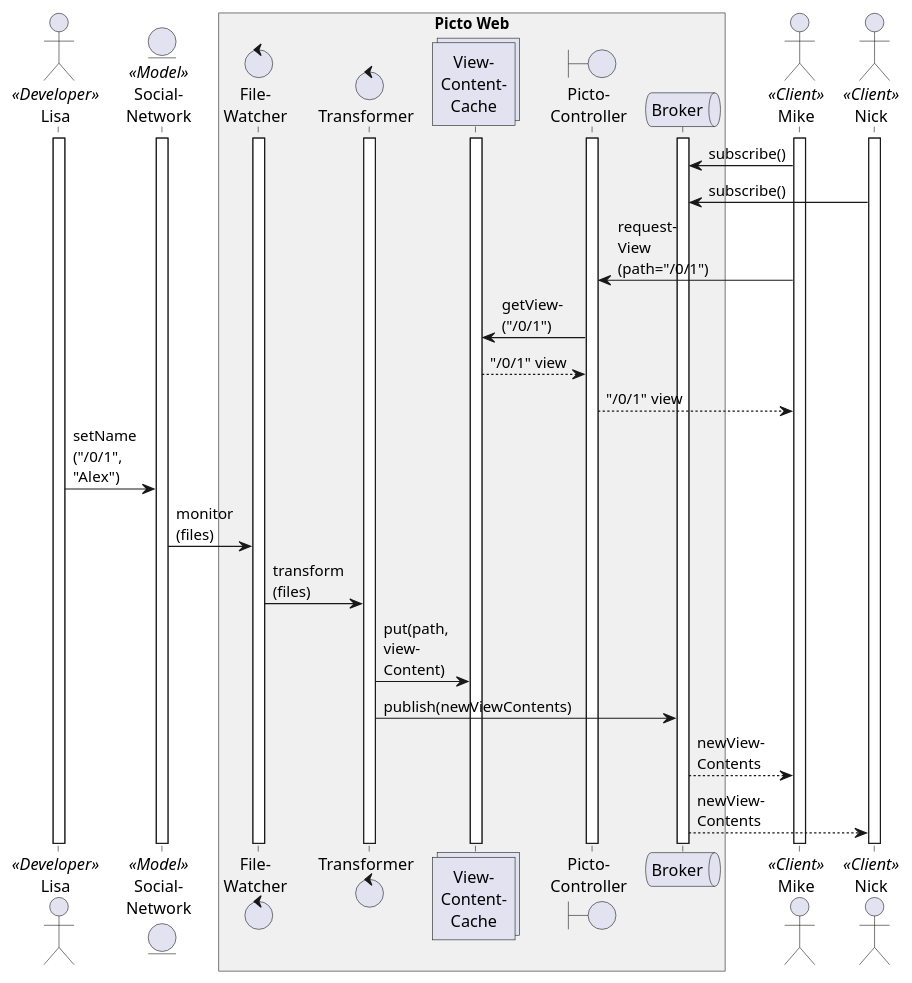
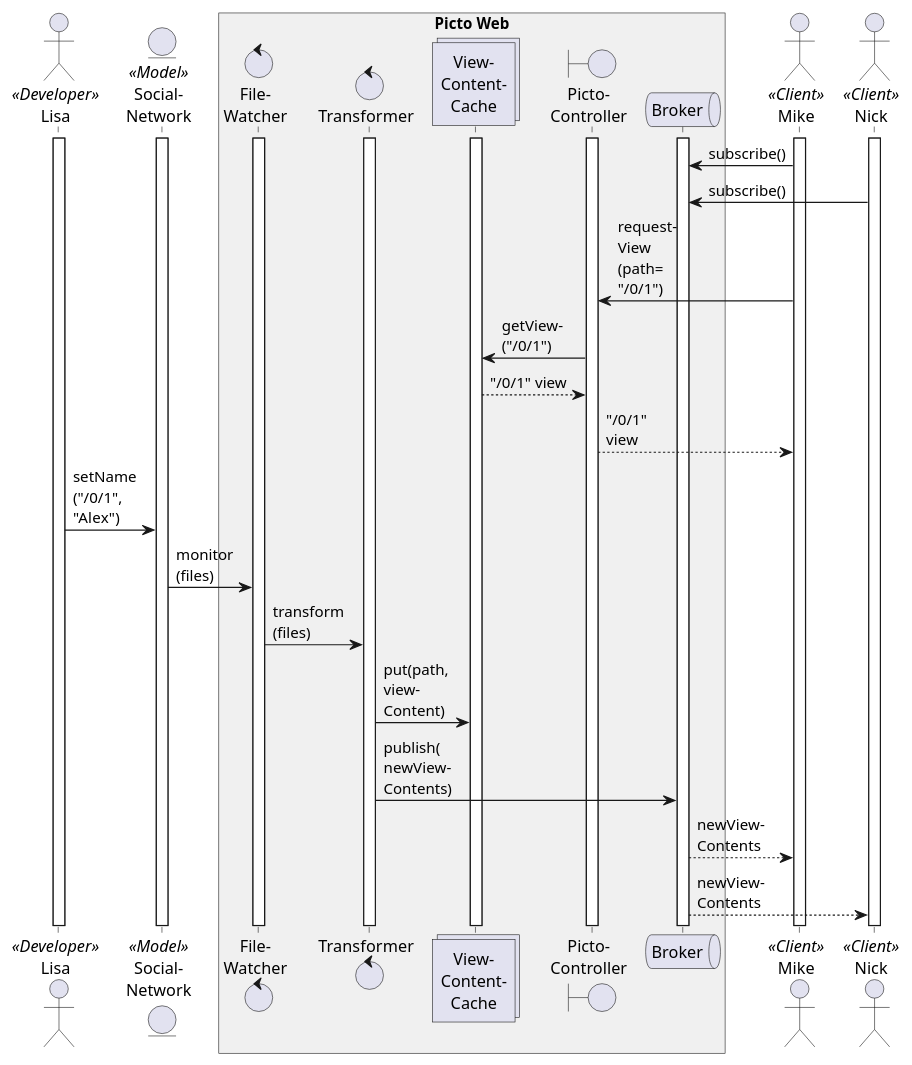
The diagram in images/sequence.wsd (alfa-ryano/picto-web-tooldemo), drawn with PlantUML before and after one commit. The commit also changed 5 other files, not shown here.

```diff
--- a/images/sequence.wsd
+++ b/images/sequence.wsd
@@ -1,43 +1,43 @@
 @startuml sequence
 
 actor Lisa as lisa <<Developer>>
 entity "Social-\nNetwork" as model <<Model>>
 box "Picto Web" #F0F0F0
   control "File-\nWatcher" as filewatcher 
   control Transformer as transformer 
   collections "View-\nContent-\nCache" as cache 
   boundary "Picto-\nController" as controller 
   queue Broker as broker
 end box
 actor Mike as mike <<Client>> 
 actor Nick as nick <<Client>> 
 
 activate model
 activate lisa
 activate transformer
 activate filewatcher
 activate cache
 activate controller
 activate broker
 activate mike
 activate nick
 
 mike -> broker: subscribe()
 nick -> broker: subscribe()
-mike -> controller: request-\nView\n(path="/0/1")
+mike -> controller: request-\nView\n(path=\n"/0/1")
 controller ->cache: getView-\n("/0/1")
 cache --> controller: "/0/1" view
-controller --> mike: "/0/1" view
+controller --> mike: "/0/1"\nview
 lisa -> model: setName\n("/0/1",\n"Alex")
 model -> filewatcher: monitor\n(files)
 filewatcher -> transformer: transform\n(files)
 transformer -> cache : put(path,\nview-\nContent)
-transformer -> broker : publish(newViewContents)
+transformer -> broker : publish(\nnewView-\nContents)
 broker --> mike : newView-\nContents
 broker --> nick : newView-\nContents
 
 
 
 
 
 @enduml
```
